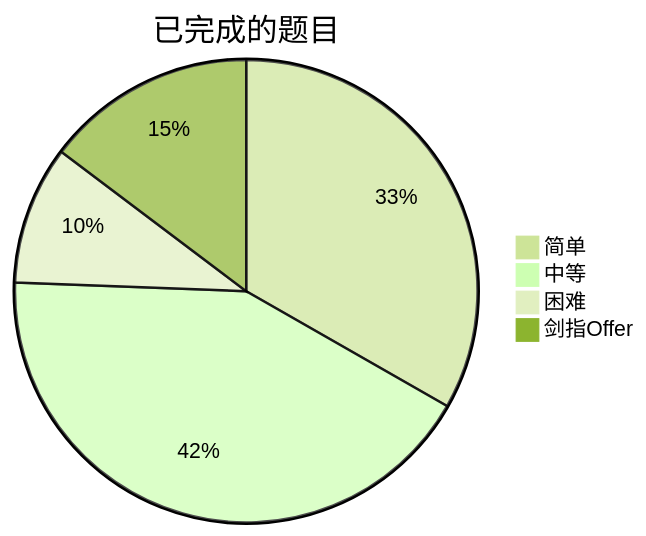
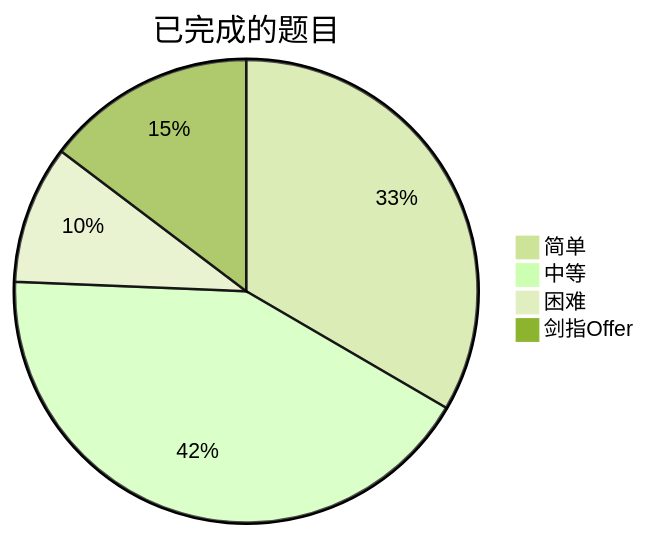
The diagram in README.md (kaisa911/LeetCode), drawn with Mermaid (forest theme) before and after one commit. The commit also changed other lines of this file and 2 other files, not shown here.

````diff
--- a/README.md
+++ b/README.md
@@ -9,7 +9,7 @@
 ```mermaid
 pie title 已完成的题目
-    "简单" : 165
+    "简单" : 166
     "中等" : 210
     "困难" : 48
     "剑指Offer" : 73
 ```
````
